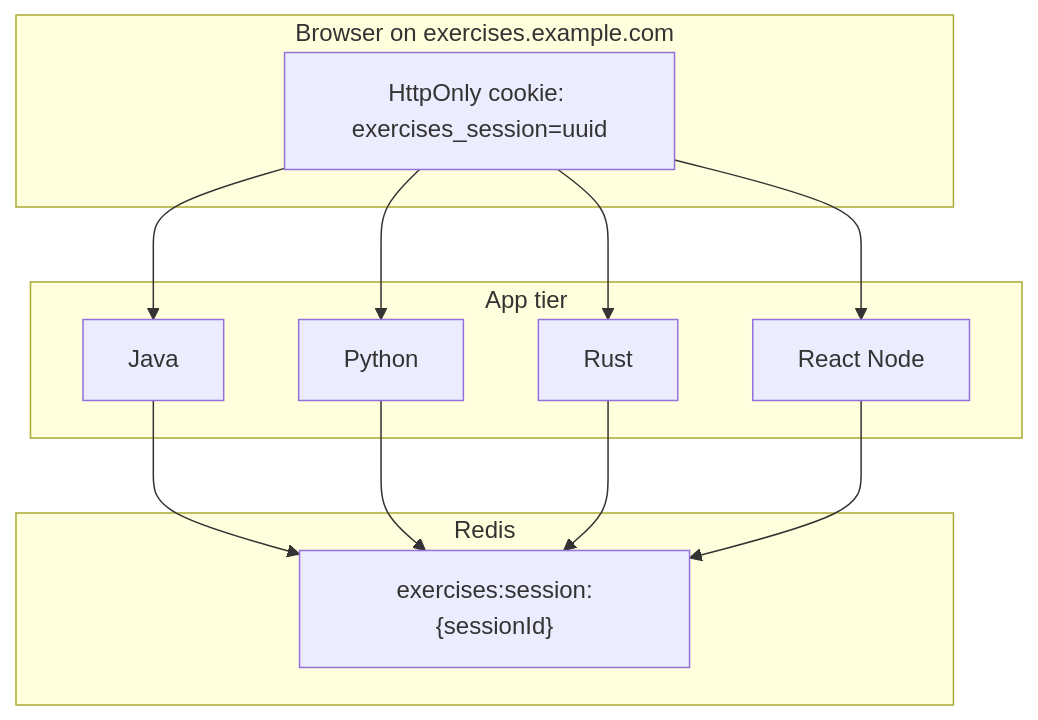
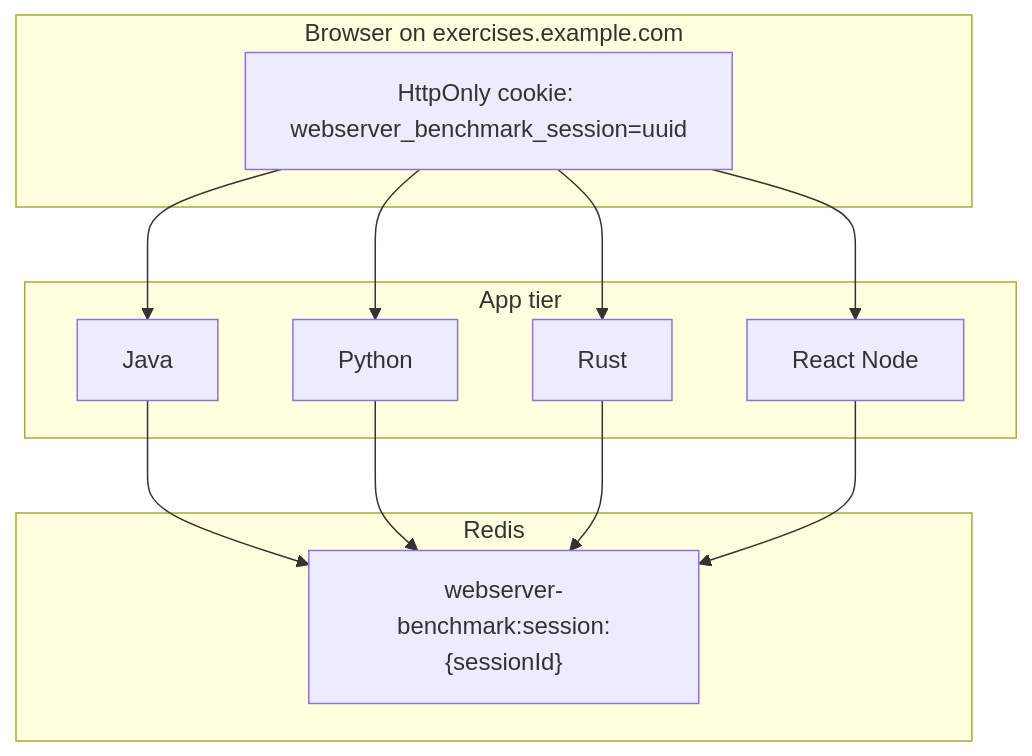
One commit to tiagoyamashita/webserver-benchmark changed the first of 2 diagrams in apps/redis/SHARED-SESSION-PLAN.md. Above: the diagram before and after it, drawn with Mermaid. The commit also changed other lines of this file and 130 other files, not shown here.

Commit message:
renamed the project to webserver benchmark

````diff
--- a/apps/redis/SHARED-SESSION-PLAN.md
+++ b/apps/redis/SHARED-SESSION-PLAN.md
@@ -42,26 +42,26 @@
 ```mermaid
 flowchart TB
   subgraph browser [Browser on exercises.example.com]
-    CK["HttpOnly cookie: exercises_session=uuid"]
+    CK["HttpOnly cookie: webserver_benchmark_session=uuid"]
   end
 
   subgraph apps [App tier]
     J[Java]
     P[Python]
     R[Rust]
     RN[React Node]
   end
 
   subgraph redis [Redis]
-    KEY["exercises:session:{sessionId}"]
+    KEY["webserver-benchmark:session:{sessionId}"]
   end
 
   CK --> J
   CK --> P
   CK --> R
   CK --> RN
   J --> KEY
   P --> KEY
   R --> KEY
   RN --> KEY
 ```
````
